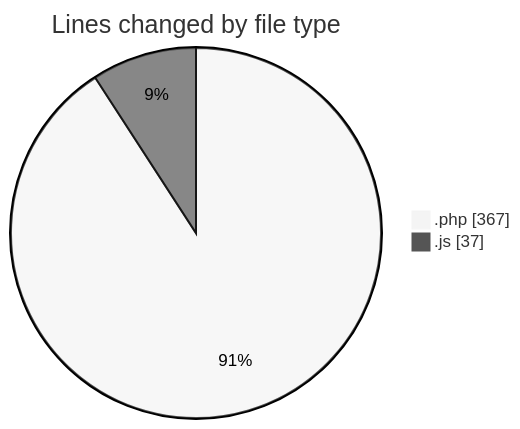
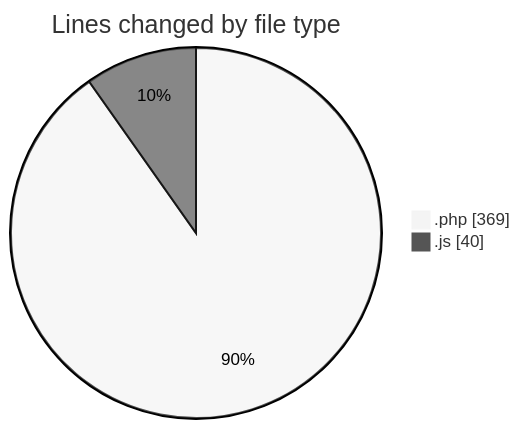
One commit to LanceThiago/code-tracking changed the first of 2 diagrams in 2025-03-26/kml/README.md. Above: the diagram before and after it, drawn with Mermaid (neutral theme). The commit also changed other lines of this file and 1 other file, not shown here.

````diff
--- a/2025-03-26/kml/README.md
+++ b/2025-03-26/kml/README.md
@@ -23,6 +23,6 @@
 ```mermaid
 pie showData
 title Lines changed by file type
-".php" : 367
-".js" : 37
+".php" : 369
+".js" : 40
 ```
````
